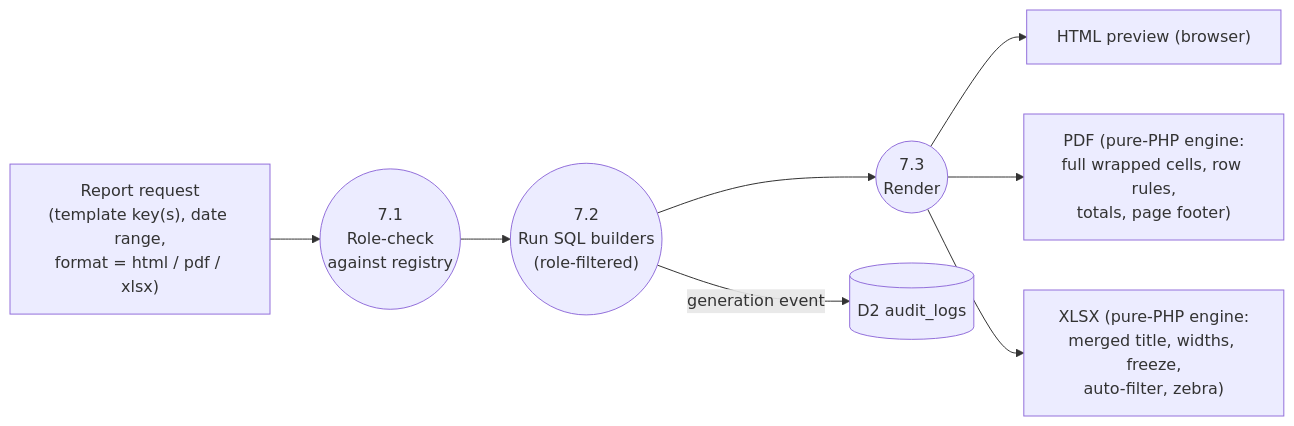
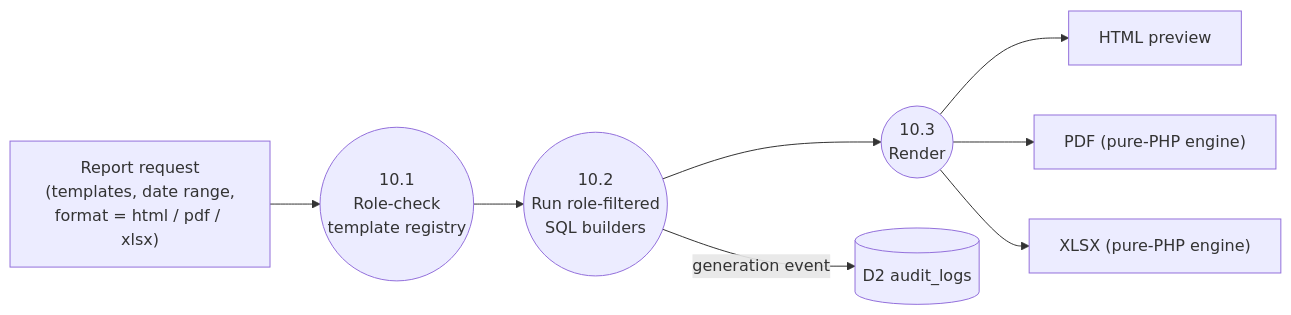
One commit to yohan-sudo/epms-local changed the ninth of 10 diagrams in docs/02-data-flow-diagrams.md. Above: the diagram before and after it, drawn with Mermaid. The commit also changed other lines of this file and 58 other files, not shown here.

````diff
--- a/docs/02-data-flow-diagrams.md
+++ b/docs/02-data-flow-diagrams.md
@@ -259,19 +441,19 @@
 ```mermaid
 graph LR
-    REQ["Report request<br/>(template key(s), date range,<br/>format = html / pdf / xlsx)"]
-    P71(("7.1<br/>Role-check<br/>against registry"))
-    P72(("7.2<br/>Run SQL builders<br/>(role-filtered)"))
-    P73(("7.3<br/>Render"))
-    OUT1["HTML preview (browser)"]
-    OUT2["PDF (pure-PHP engine:<br/>full wrapped cells, row rules,<br/>totals, page footer)"]
-    OUT3["XLSX (pure-PHP engine:<br/>merged title, widths, freeze,<br/>auto-filter, zebra)"]
+    REQ["Report request<br/>(templates, date range,<br/>format = html / pdf / xlsx)"]
+    P101(("10.1<br/>Role-check<br/>template registry"))
+    P102(("10.2<br/>Run role-filtered<br/>SQL builders"))
+    P103(("10.3<br/>Render"))
+    OUT1["HTML preview"]
+    OUT2["PDF (pure-PHP engine)"]
+    OUT3["XLSX (pure-PHP engine)"]
     D2[("D2 audit_logs")]
 
-    REQ --> P71
-    P71 --> P72
-    P72 --> P73
-    P73 --> OUT1
-    P73 --> OUT2
-    P73 --> OUT3
-    P72 -->|"generation event"| D2
+    REQ --> P101
+    P101 --> P102
+    P102 --> P103
+    P103 --> OUT1
+    P103 --> OUT2
+    P103 --> OUT3
+    P102 -->|"generation event"| D2
 ```
````
